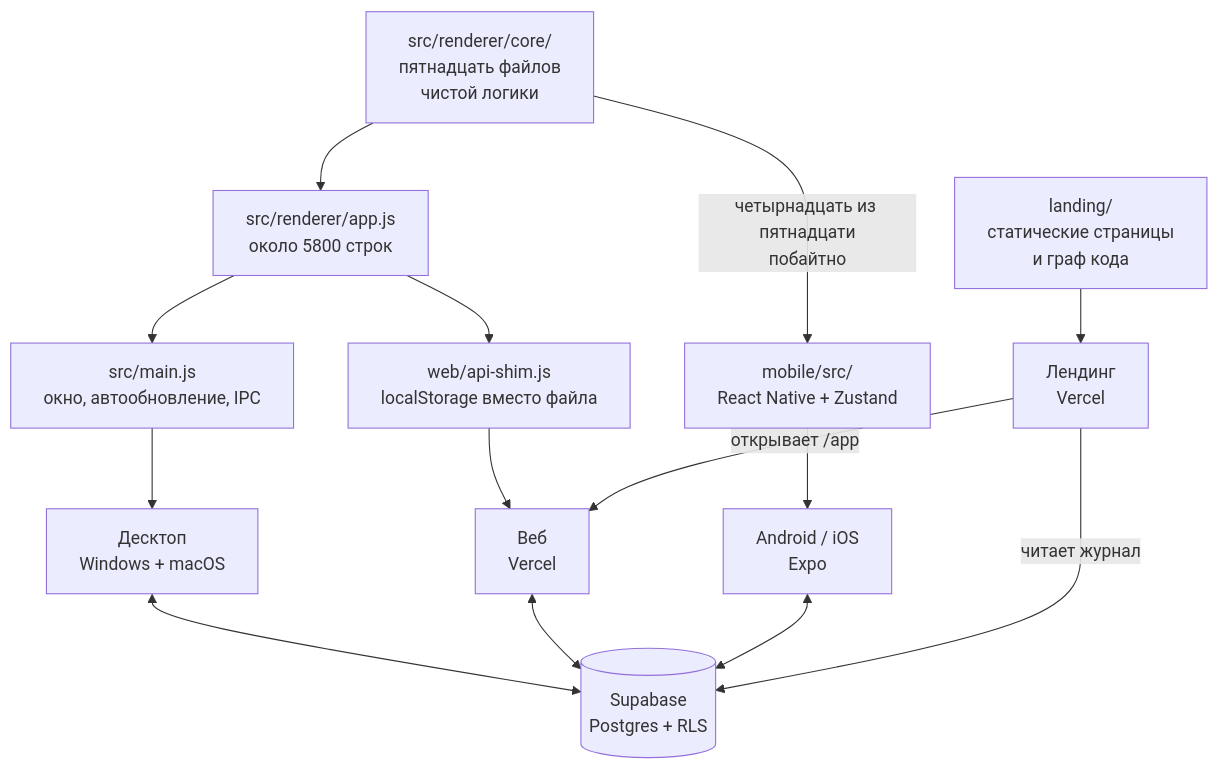
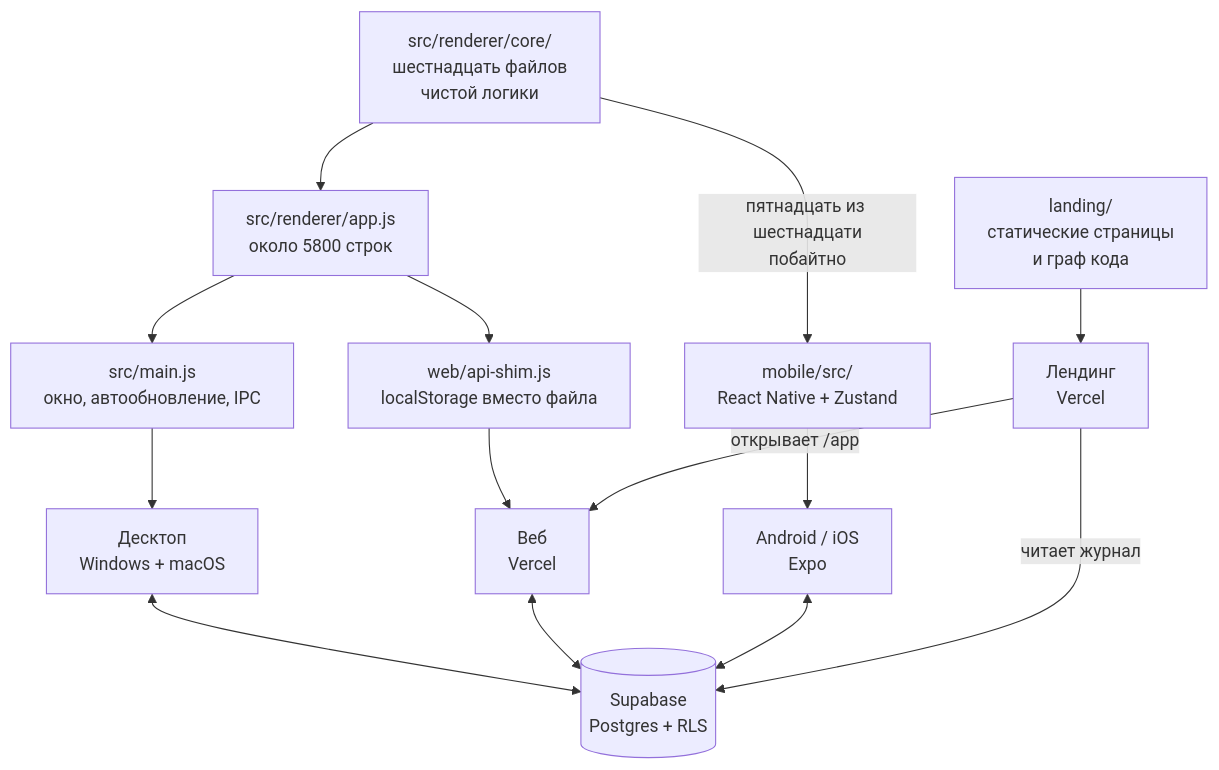
Before and after one commit to lancibleofficial/Lancible: the first of 2 diagrams in ARCHITECTURE.md, drawn with Mermaid. The commit also changed other lines of this file and 126 other files, not shown here.

````diff
--- a/ARCHITECTURE.md
+++ b/ARCHITECTURE.md
@@ -33,26 +33,26 @@
 ```mermaid
 graph TD
-    CORE["src/renderer/core/<br/>пятнадцать файлов<br/>чистой логики"]
+    CORE["src/renderer/core/<br/>шестнадцать файлов<br/>чистой логики"]
 
     APP["src/renderer/app.js<br/>около 5800 строк"]
     MAIN["src/main.js<br/>окно, автообновление, IPC"]
     SHIM["web/api-shim.js<br/>localStorage вместо файла"]
     MOB["mobile/src/<br/>React Native + Zustand"]
     LAND["landing/<br/>статические страницы<br/>и граф кода"]
 
     CORE --> APP
-    CORE -->|"четырнадцать из пятнадцати<br/>побайтно"| MOB
+    CORE -->|"пятнадцать из шестнадцати<br/>побайтно"| MOB
     APP --> MAIN
     APP --> SHIM
     MAIN --> DESK["Десктоп<br/>Windows + macOS"]
     SHIM --> WEB["Веб<br/>Vercel"]
     MOB --> ANDROID["Android / iOS<br/>Expo"]
     LAND --> SITE["Лендинг<br/>Vercel"]
 
     SB[("Supabase<br/>Postgres + RLS")]
     DESK <--> SB
     WEB <--> SB
     ANDROID <--> SB
     SITE -->|"читает журнал"| SB
     SITE -->|"открывает /app"| WEB
 ```
````
